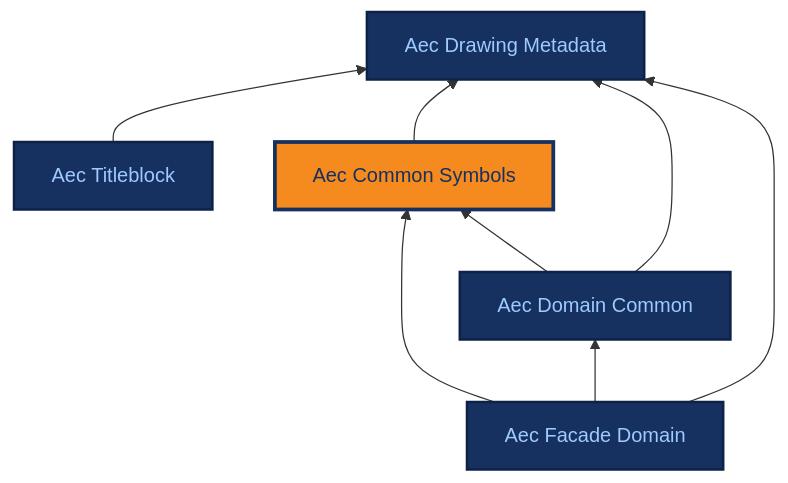
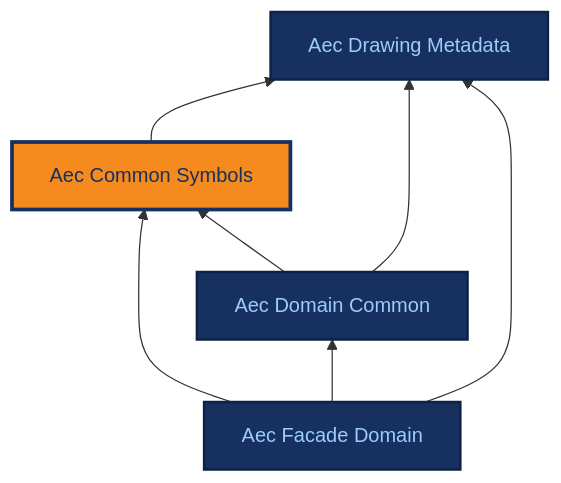
One commit to BuroHappoldMachineLearning/ADIRO changed the diagram in docs/ontologies/aec_common_symbols.md. Above: the diagram before and after it, drawn with Mermaid. The commit also changed 22 other files, not shown here.

First line of the commit message:
refactor: delete the aec_titleblock module; trim the PR to what it needs

````diff
--- a/docs/ontologies/aec_common_symbols.md
+++ b/docs/ontologies/aec_common_symbols.md
@@ -17,20 +17,18 @@
 ```mermaid
 %%{init: {"themeCSS": ".base .nodeLabel,.base .nodeLabel p,.base text,.base tspan{fill:#9ecbff !important;color:#9ecbff !important}.current .nodeLabel,.current .nodeLabel p,.current text,.current tspan{fill:#16305f !important;color:#16305f !important}"} }%%
 graph BT
     aec_drawing_metadata["Aec Drawing Metadata"]
-    aec_titleblock["Aec Titleblock"]
     aec_common_symbols["Aec Common Symbols"]
     aec_domain_common["Aec Domain Common"]
     aec_facade_domain["Aec Facade Domain"]
-    aec_titleblock --> aec_drawing_metadata
     aec_common_symbols --> aec_drawing_metadata
     aec_domain_common --> aec_common_symbols
     aec_domain_common --> aec_drawing_metadata
     aec_facade_domain --> aec_common_symbols
     aec_facade_domain --> aec_domain_common
     aec_facade_domain --> aec_drawing_metadata
     classDef base fill:#16305f,stroke:#0e2247,stroke-width:2px,color:#9ecbff;
-    class aec_drawing_metadata,aec_titleblock,aec_domain_common,aec_facade_domain base;
+    class aec_drawing_metadata,aec_domain_common,aec_facade_domain base;
     classDef current fill:#f58a1f,stroke:#16305f,stroke-width:3px,color:#16305f;
     class aec_common_symbols current;
 ```
````
